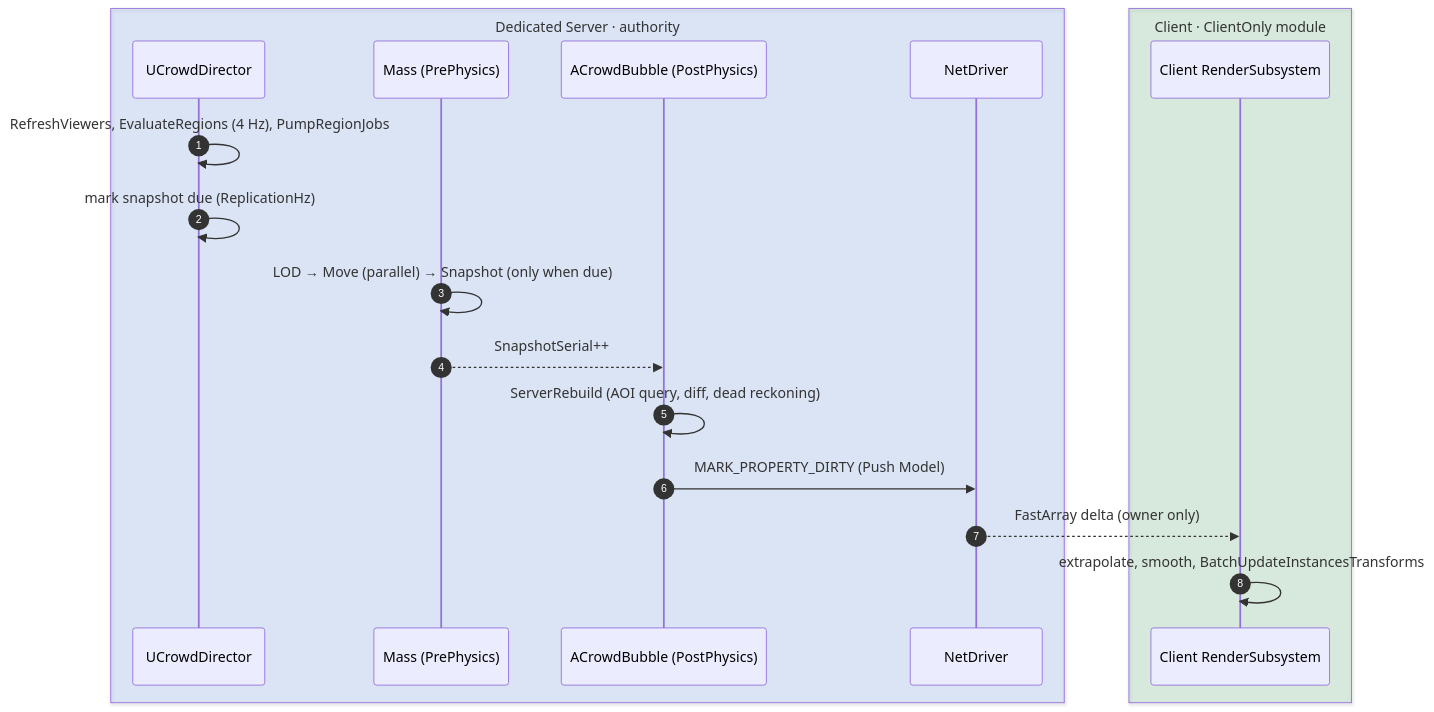
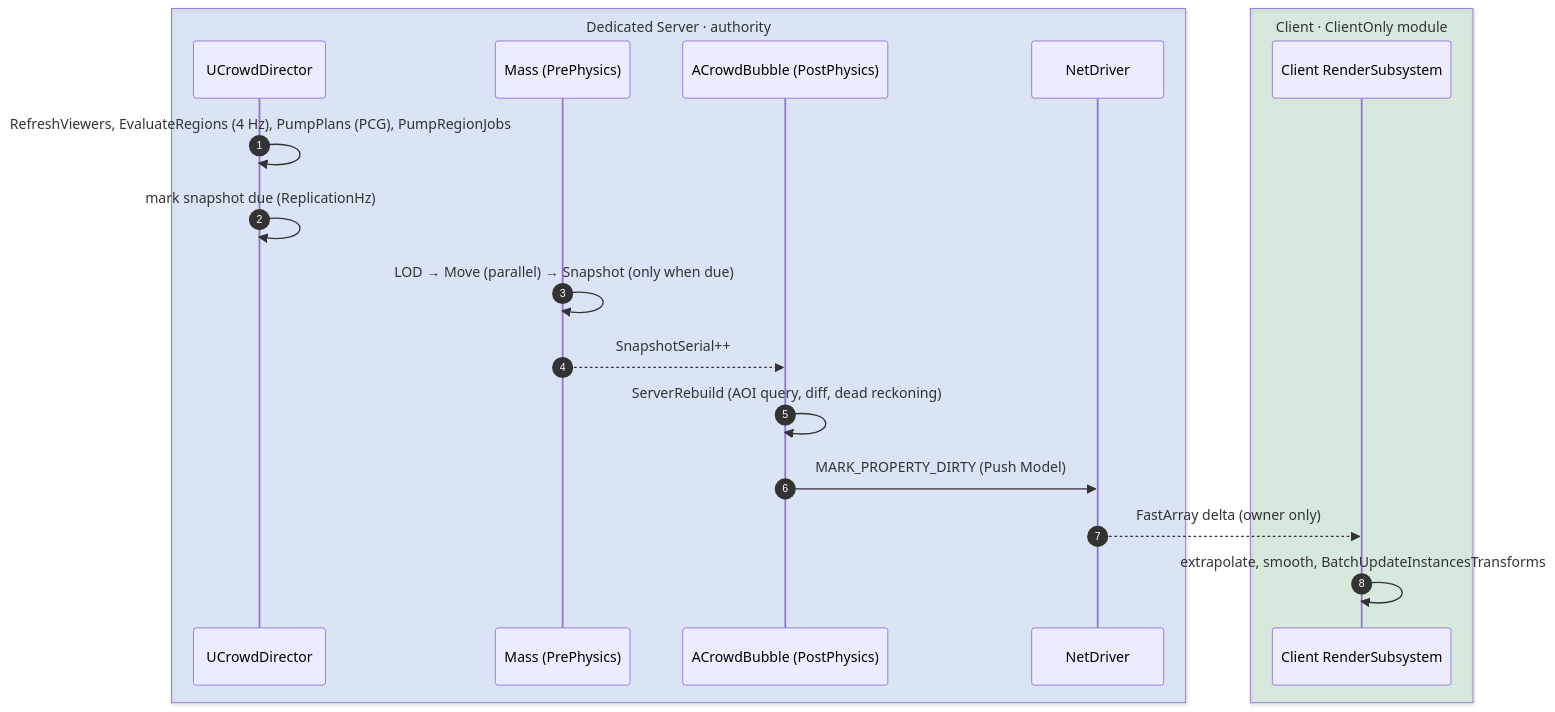
Before and after one commit to woodsshin/GameServer: the second of 4 diagrams in MassBubble/README.md, drawn with Mermaid. The commit also changed other lines of this file and 26 other files, not shown here.

````diff
--- a/MassBubble/README.md
+++ b/MassBubble/README.md
@@ -94,22 +97,22 @@
 ```mermaid
 sequenceDiagram
     autonumber
     box rgba(66,133,244,0.15) Dedicated Server · authority
     participant D as UCrowdDirector
     participant M as Mass (PrePhysics)
     participant B as ACrowdBubble (PostPhysics)
     participant N as NetDriver
     end
     box rgba(52,168,83,0.15) Client · ClientOnly module
     participant C as Client RenderSubsystem
     end
 
-    D->>D: RefreshViewers, EvaluateRegions (4 Hz), PumpRegionJobs
+    D->>D: RefreshViewers, EvaluateRegions (4 Hz), PumpPlans (PCG), PumpRegionJobs
     D->>D: mark snapshot due (ReplicationHz)
     M->>M: LOD → Move (parallel) → Snapshot (only when due)
     M-->>B: SnapshotSerial++
     B->>B: ServerRebuild (AOI query, diff, dead reckoning)
     B->>N: MARK_PROPERTY_DIRTY (Push Model)
     N-->>C: FastArray delta (owner only)
     C->>C: extrapolate, smooth, BatchUpdateInstancesTransforms
 ```
````
